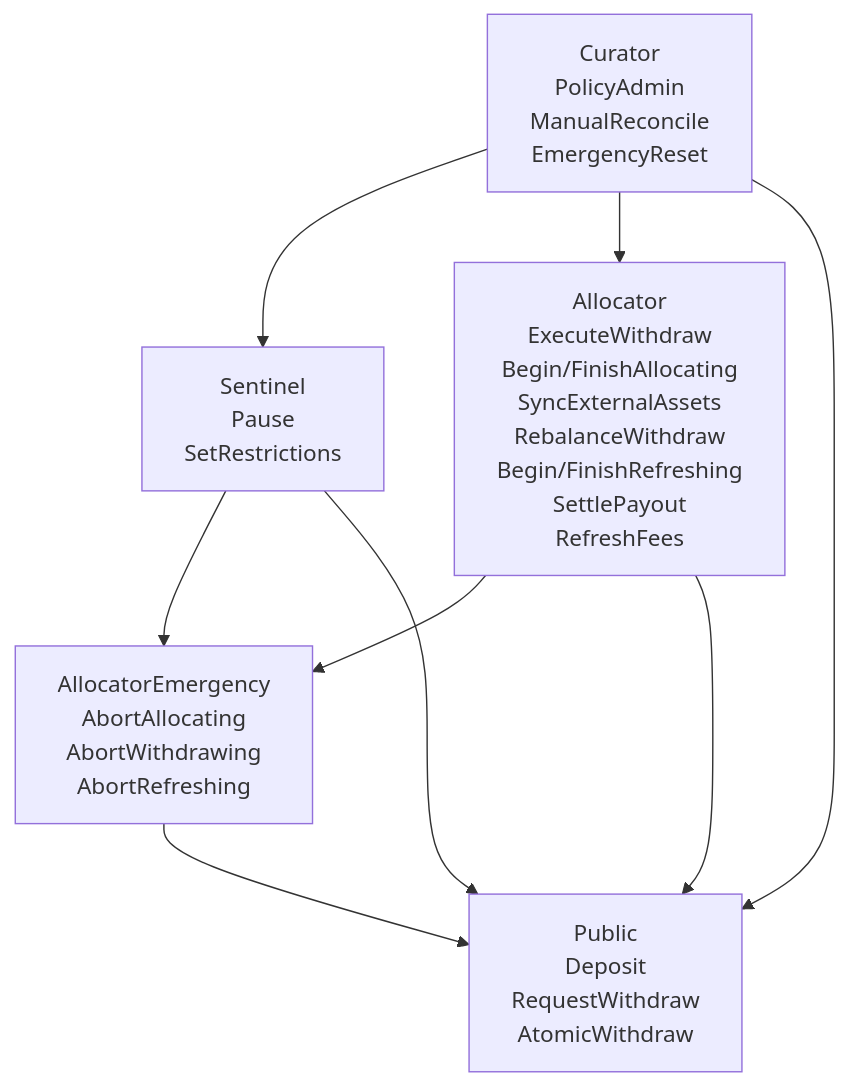
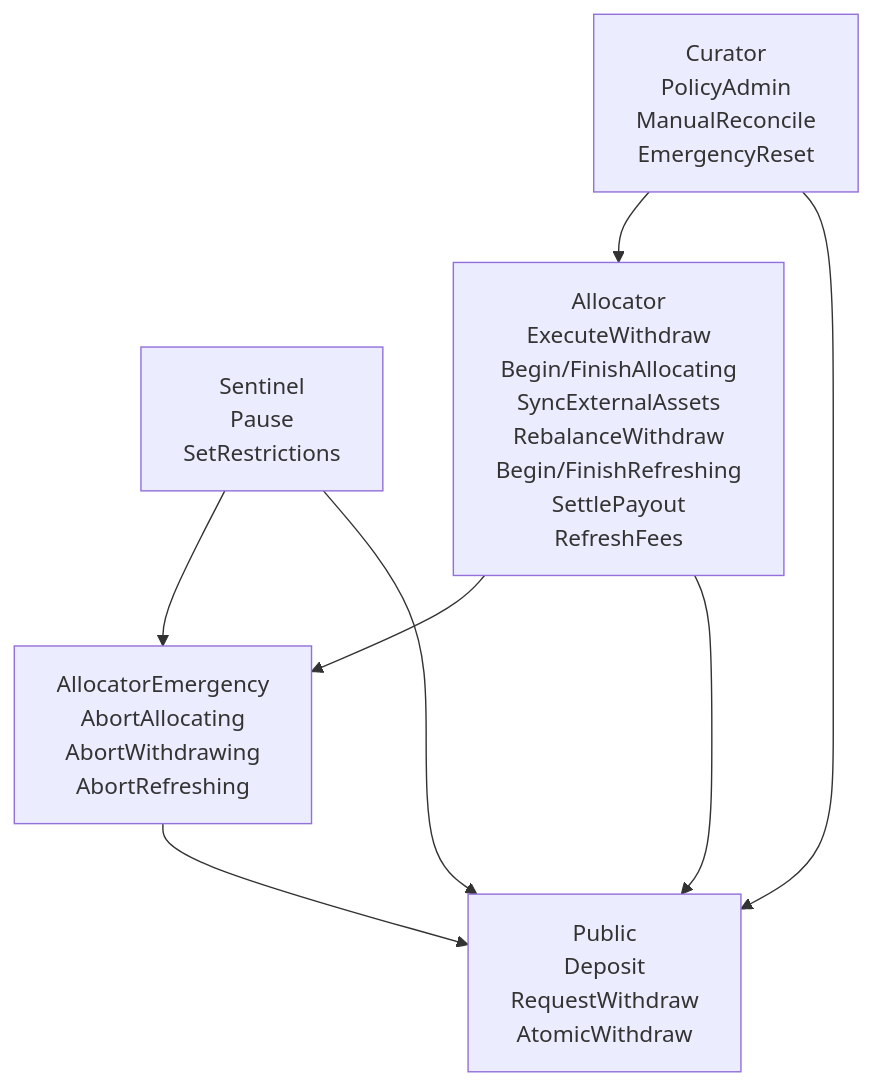
The fifth of 5 diagrams in contract/vault/README.md (Templar-Protocol/contracts), drawn with Mermaid before and after one commit. The commit also changed 3 other files, not shown here.

````diff
--- a/contract/vault/README.md
+++ b/contract/vault/README.md
@@ -158,17 +158,16 @@
 ```mermaid
 graph TD
     Public["Public\nDeposit\nRequestWithdraw\nAtomicWithdraw"]
     Sentinel["Sentinel\nPause\nSetRestrictions"]
     Allocator["Allocator\nExecuteWithdraw\nBegin/FinishAllocating\nSyncExternalAssets\nRebalanceWithdraw\nBegin/FinishRefreshing\nSettlePayout\nRefreshFees"]
     AllocEmergency["AllocatorEmergency\nAbortAllocating\nAbortWithdrawing\nAbortRefreshing"]
     Curator["Curator\nPolicyAdmin\nManualReconcile\nEmergencyReset"]
 
-    Curator --> Sentinel
     Curator --> Allocator
     Sentinel --> AllocEmergency
     Allocator --> AllocEmergency
     AllocEmergency --> Public
     Allocator --> Public
     Sentinel --> Public
     Curator --> Public
 ```
````
